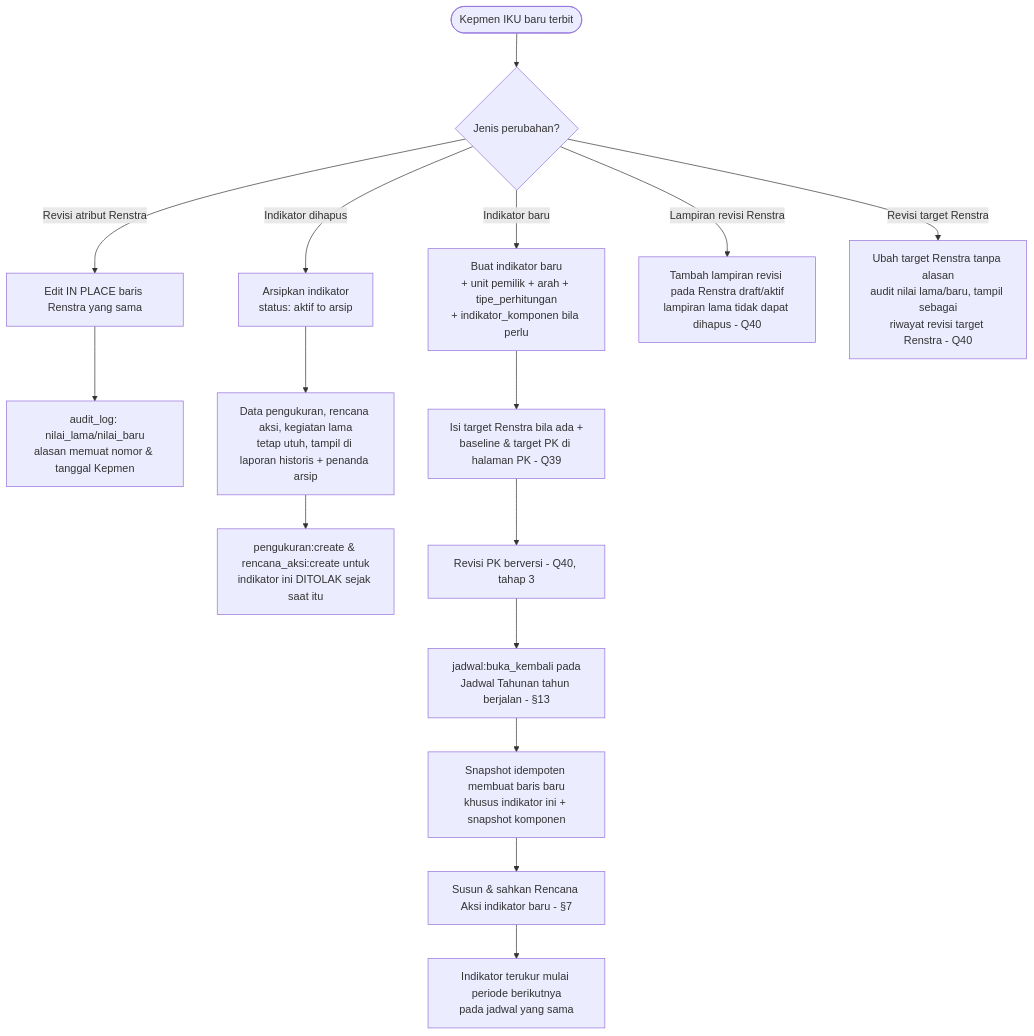
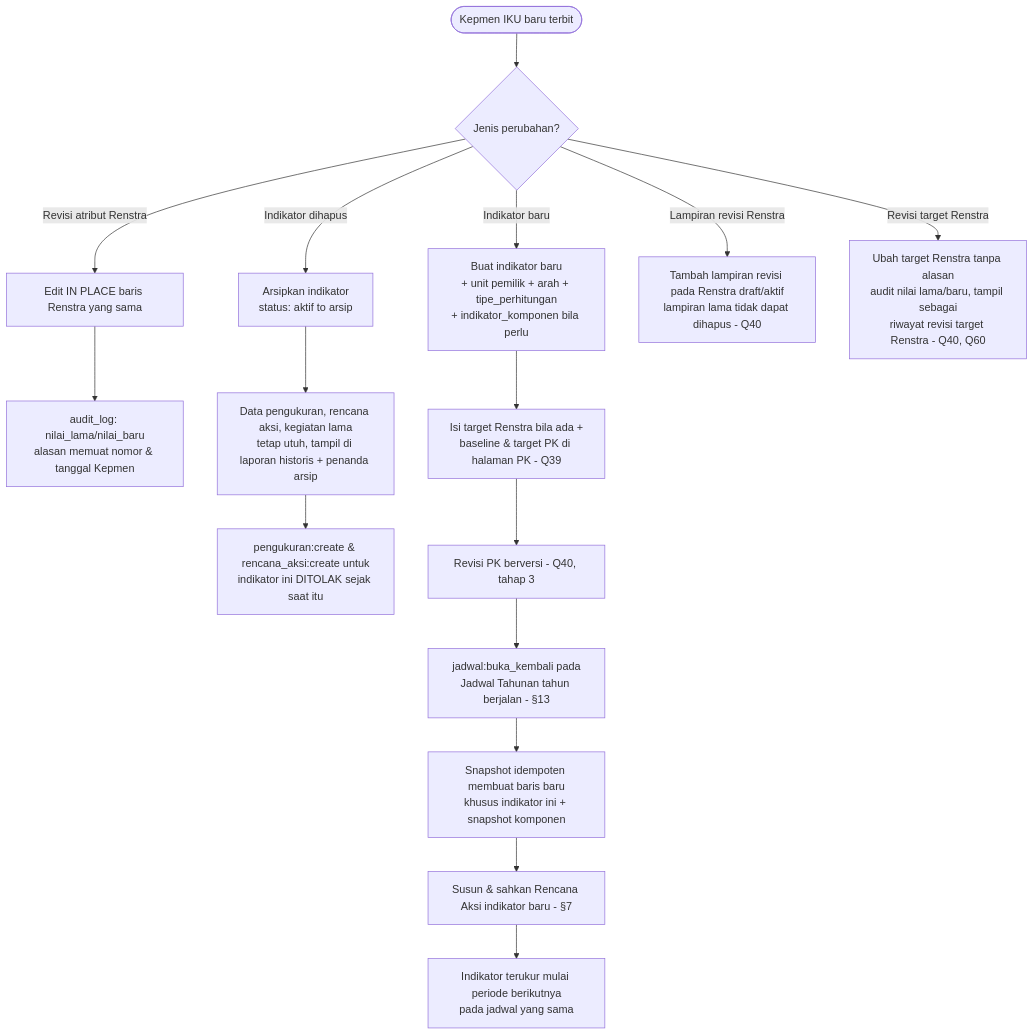
One commit to LLDIKTI-XVI-TEAM/SAKIP changed diagram 14 of 21 in document/SAKIP - Workflow.md. Above: the diagram before and after it, drawn with Mermaid. The commit also changed other lines of this file and 6 other files, not shown here.

First line of the commit message:
docs: catat target Renstra tanpa alasan sebagai Keputusan Q60

````diff
--- a/document/SAKIP - Workflow.md
+++ b/document/SAKIP - Workflow.md
@@ -1645,21 +1645,21 @@
 ```mermaid
 flowchart TD
     A([Kepmen IKU baru terbit]) --> B{Jenis perubahan?}
     B -- Revisi atribut Renstra --> C[Edit IN PLACE baris Renstra yang sama]
     C --> D[audit_log: nilai_lama/nilai_baru\nalasan memuat nomor & tanggal Kepmen]
 
     B -- Indikator dihapus --> E[Arsipkan indikator\nstatus: aktif to arsip]
     E --> F[Data pengukuran, rencana aksi, kegiatan lama\ntetap utuh, tampil di laporan historis + penanda arsip]
     F --> G[pengukuran:create & rencana_aksi:create untuk\nindikator ini DITOLAK sejak saat itu]
 
     B -- Indikator baru --> H[Buat indikator baru\n+ unit pemilik + arah + tipe_perhitungan\n+ indikator_komponen bila perlu]
     H --> I[Isi target Renstra bila ada +\nbaseline & target PK di halaman PK - Q39]
     I --> J[Revisi PK berversi - Q40, tahap 3]
     J --> K[jadwal:buka_kembali pada\nJadwal Tahunan tahun berjalan - §13]
     K --> L[Snapshot idempoten membuat baris baru\nkhusus indikator ini + snapshot komponen]
     L --> M[Susun & sahkan Rencana Aksi indikator baru - §7]
     M --> N[Indikator terukur mulai periode berikutnya\npada jadwal yang sama]
 
     B -- Lampiran revisi Renstra --> R1[Tambah lampiran revisi pada Renstra draft/aktif\nlampiran lama tidak dapat dihapus - Q40]
-    B -- Revisi target Renstra --> R2[Ubah target Renstra tanpa alasan\naudit nilai lama/baru, tampil sebagai\nriwayat revisi target Renstra - Q40]
+    B -- Revisi target Renstra --> R2[Ubah target Renstra tanpa alasan\naudit nilai lama/baru, tampil sebagai\nriwayat revisi target Renstra - Q40, Q60]
 ```
````
